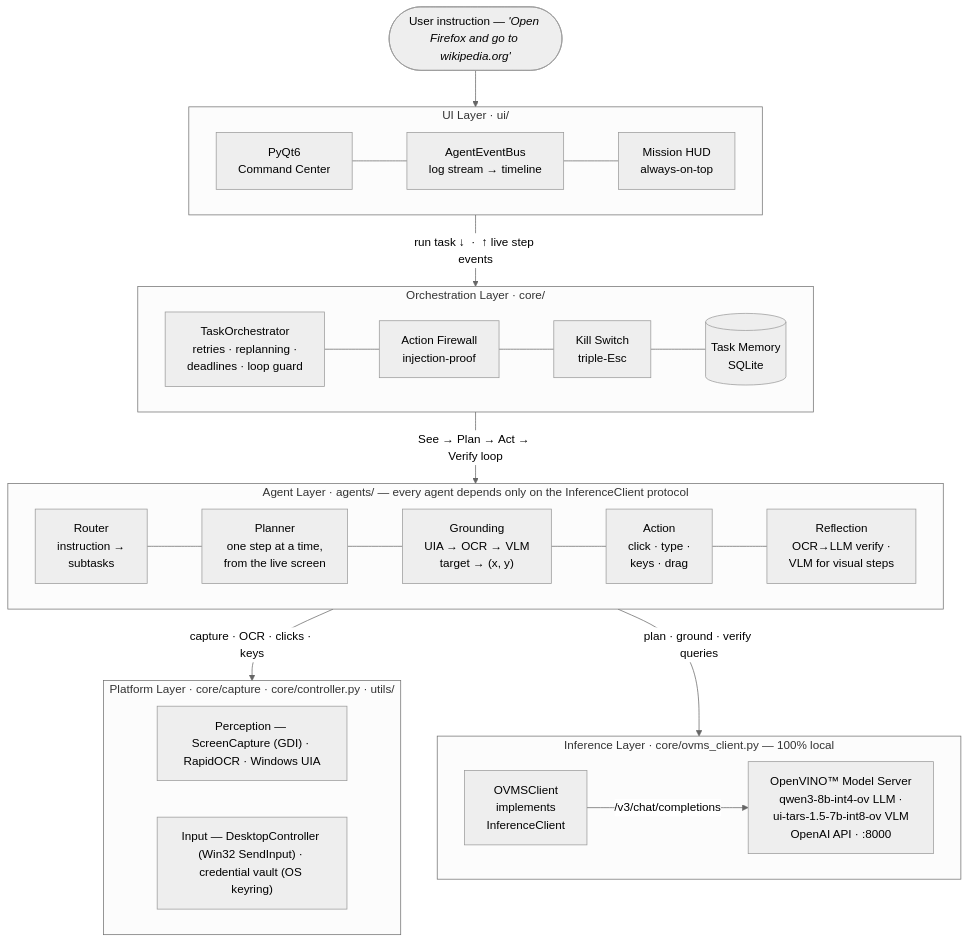
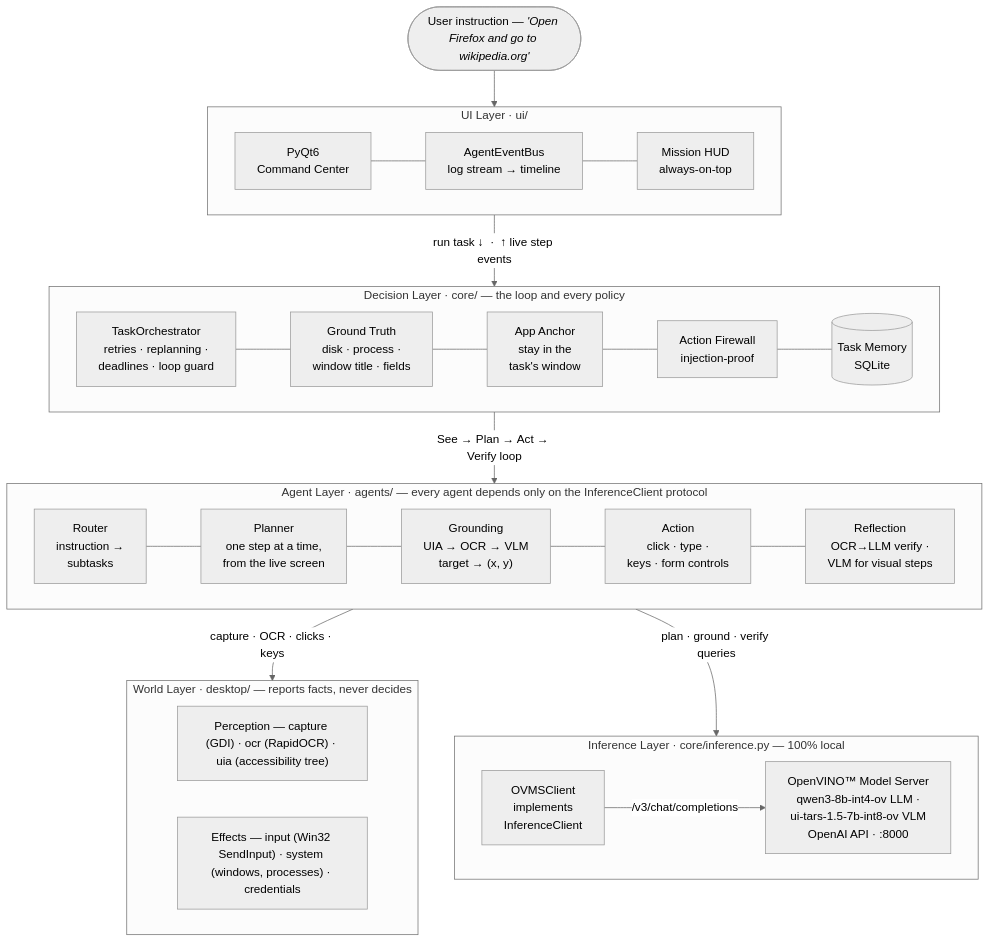
Before and after one commit to Shehrozkashif/OpenVINO-Autonomous-GUI-Agent: the diagram in README.md, drawn with Mermaid (neutral theme). The commit also changed other lines of this file and 69 other files, not shown here.

````diff
--- a/README.md
+++ b/README.md
@@ -92,50 +92,51 @@
 ```mermaid
 flowchart TB
     USER(["User instruction — <i>'Open Firefox and go to wikipedia.org'</i>"])
 
     subgraph UI_LAYER["&nbsp;UI Layer · ui/&nbsp;"]
         direction LR
         GUI["PyQt6<br/>Command Center"]
         EVBUS["AgentEventBus<br/>log stream → timeline"]
         HUD["Mission HUD<br/>always-on-top"]
         GUI --- EVBUS --- HUD
     end
 
-    subgraph ORCH_LAYER["&nbsp;Orchestration Layer · core/&nbsp;"]
+    subgraph ORCH_LAYER["&nbsp;Decision Layer · core/ — the loop and every policy&nbsp;"]
         direction LR
         ORCH["TaskOrchestrator<br/>retries · replanning ·<br/>deadlines · loop guard"]
+        TRUTH["Ground Truth<br/>disk · process ·<br/>window title · fields"]
+        ANCHOR["App Anchor<br/>stay in the<br/>task's window"]
         FIREWALL["Action Firewall<br/>injection-proof"]
-        KILL["Kill Switch<br/>triple-Esc"]
         MEMORY[("Task Memory<br/>SQLite")]
-        ORCH --- FIREWALL --- KILL --- MEMORY
+        ORCH --- TRUTH --- ANCHOR --- FIREWALL --- MEMORY
     end
 
     subgraph AGENT_LAYER["&nbsp;Agent Layer · agents/ — every agent depends only on the InferenceClient protocol&nbsp;"]
         direction LR
         ROUTER["Router<br/>instruction →<br/>subtasks"]
         PLANNER["Planner<br/>one step at a time,<br/>from the live screen"]
         GROUND["Grounding<br/>UIA → OCR → VLM<br/>target → (x, y)"]
-        ACTION["Action<br/>click · type ·<br/>keys · drag"]
+        ACTION["Action<br/>click · type ·<br/>keys · form controls"]
         REFLECT["Reflection<br/>OCR→LLM verify ·<br/>VLM for visual steps"]
         ROUTER --- PLANNER --- GROUND --- ACTION --- REFLECT
     end
 
-    subgraph PLATFORM_LAYER["&nbsp;Platform Layer · core/capture · core/controller.py · utils/&nbsp;"]
+    subgraph PLATFORM_LAYER["&nbsp;World Layer · desktop/ — reports facts, never decides&nbsp;"]
         direction LR
-        PERCEPTION["Perception — ScreenCapture (GDI) · RapidOCR · Windows UIA"]
-        INPUT["Input — DesktopController (Win32 SendInput) · credential vault (OS keyring)"]
+        PERCEPTION["Perception — capture (GDI) · ocr (RapidOCR) · uia (accessibility tree)"]
+        INPUT["Effects — input (Win32 SendInput) · system (windows, processes) · credentials"]
     end
 
-    subgraph INFER_LAYER["&nbsp;Inference Layer · core/ovms_client.py — 100% local&nbsp;"]
+    subgraph INFER_LAYER["&nbsp;Inference Layer · core/inference.py — 100% local&nbsp;"]
         direction LR
         CLIENT["OVMSClient<br/>implements<br/>InferenceClient"]
         OVMS["OpenVINO™ Model Server<br/>qwen3-8b-int4-ov LLM ·<br/>ui-tars-1.5-7b-int8-ov VLM<br/>OpenAI API · :8000"]
         CLIENT -- "/v3/chat/completions" --> OVMS
     end
 
     USER --> UI_LAYER
     UI_LAYER -- "run task ↓ &nbsp;·&nbsp; ↑ live step events" --> ORCH_LAYER
     ORCH_LAYER -- "See → Plan → Act → Verify loop" --> AGENT_LAYER
     AGENT_LAYER -- "capture · OCR · clicks · keys" --> PLATFORM_LAYER
     AGENT_LAYER -- "plan · ground · verify queries" --> INFER_LAYER
 ```
````
